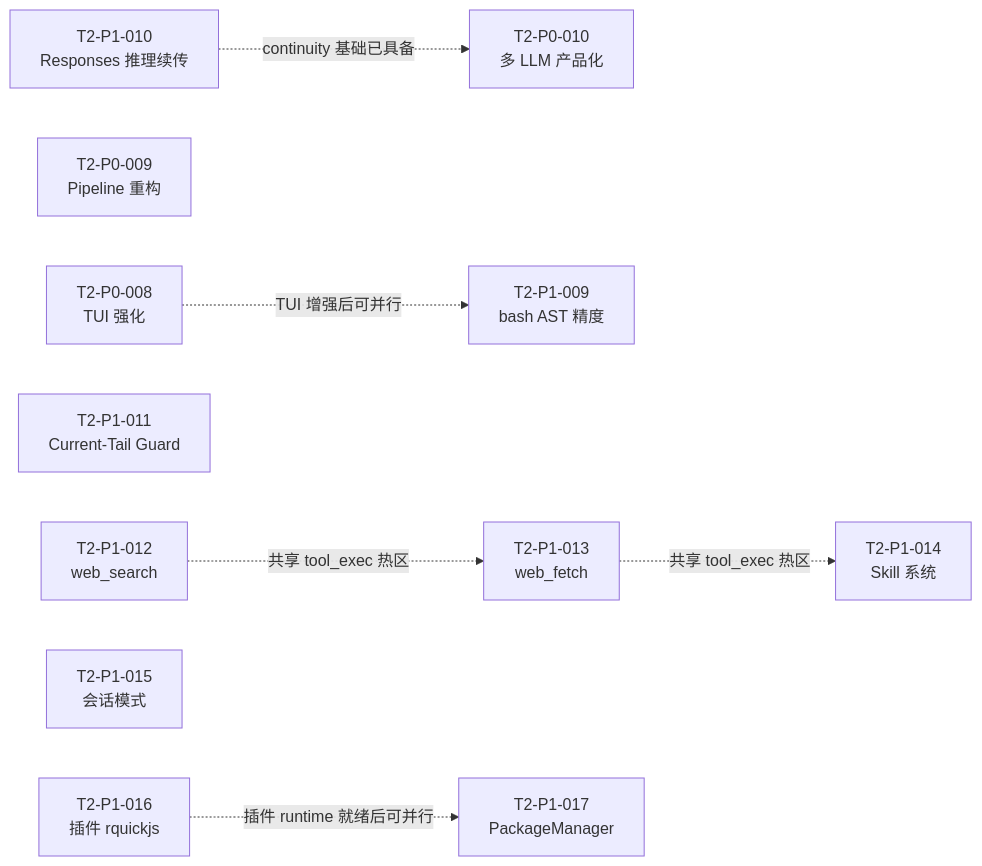
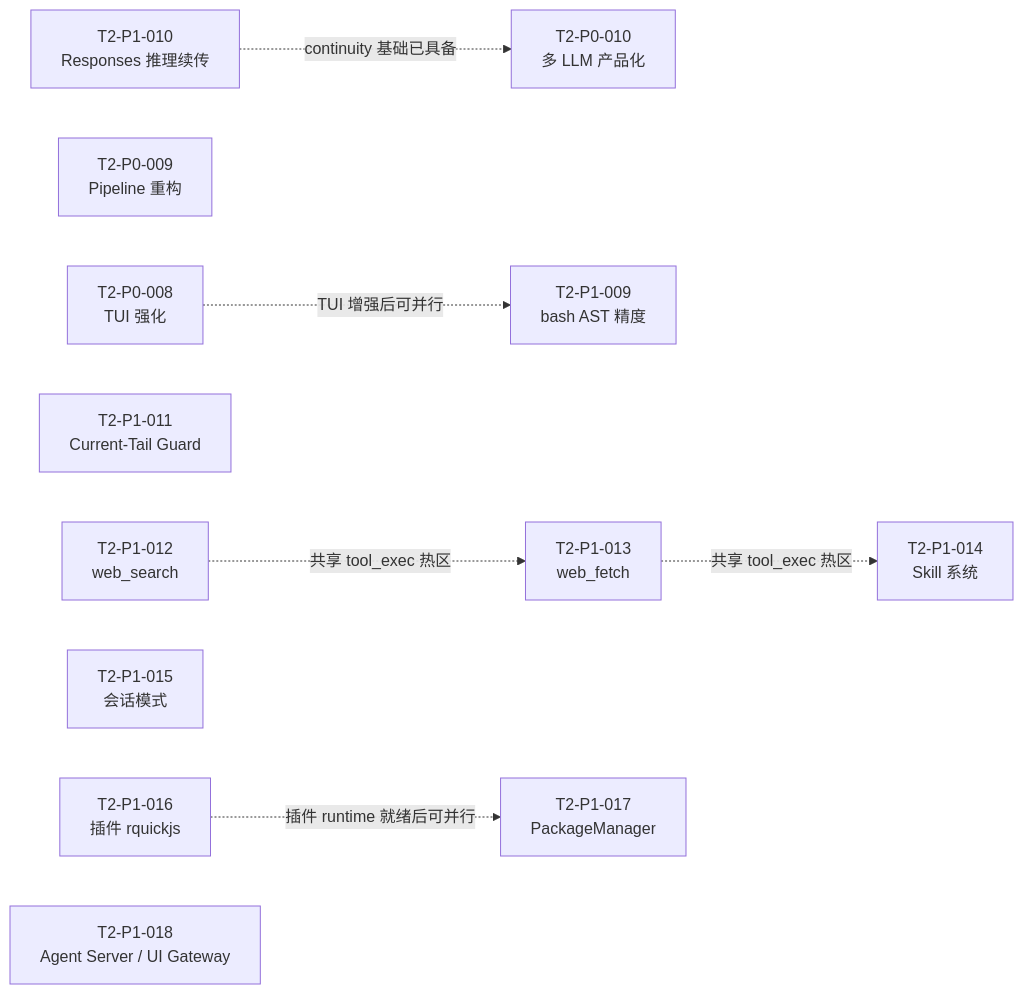
Before and after one commit to teisun/tomcat-agent: the diagram in tomcat/docs/agents/TASK_BOARD_002/README.md, drawn with Mermaid. The commit also changed other lines of this file and 9 other files, not shown here.

First line of the commit message:
Document serve gateway architecture and tracking entry.

````diff
--- a/tomcat/docs/agents/TASK_BOARD_002/README.md
+++ b/tomcat/docs/agents/TASK_BOARD_002/README.md
@@ -54,29 +55,31 @@
 ```mermaid
 flowchart LR
     P008[T2-P0-008<br/>TUI 强化]
     P009[T2-P0-009<br/>Pipeline 重构]
     P010[T2-P0-010<br/>多 LLM 产品化]
     P109[T2-P1-009<br/>bash AST 精度]
     P110[T2-P1-010<br/>Responses 推理续传]
     P111[T2-P1-011<br/>Current-Tail Guard]
     P112[T2-P1-012<br/>web_search]
     P113[T2-P1-013<br/>web_fetch]
     P114[T2-P1-014<br/>Skill 系统]
     P115[T2-P1-015<br/>会话模式]
     P116[T2-P1-016<br/>插件 rquickjs]
     P117[T2-P1-017<br/>PackageManager]
+    P118[T2-P1-018<br/>Agent Server / UI Gateway]
     P008 -.->|TUI 增强后可并行| P109
     P112 -.->|共享 tool_exec 热区| P113
     P113 -.->|共享 tool_exec 热区| P114
     P110 -.->|continuity 基础已具备| P010
     P009
     P110
     P111
     P112
     P113
     P114
     P115
     P116
     P117
+    P118
     P116 -.->|插件 runtime 就绪后可并行| P117
 ```
````
